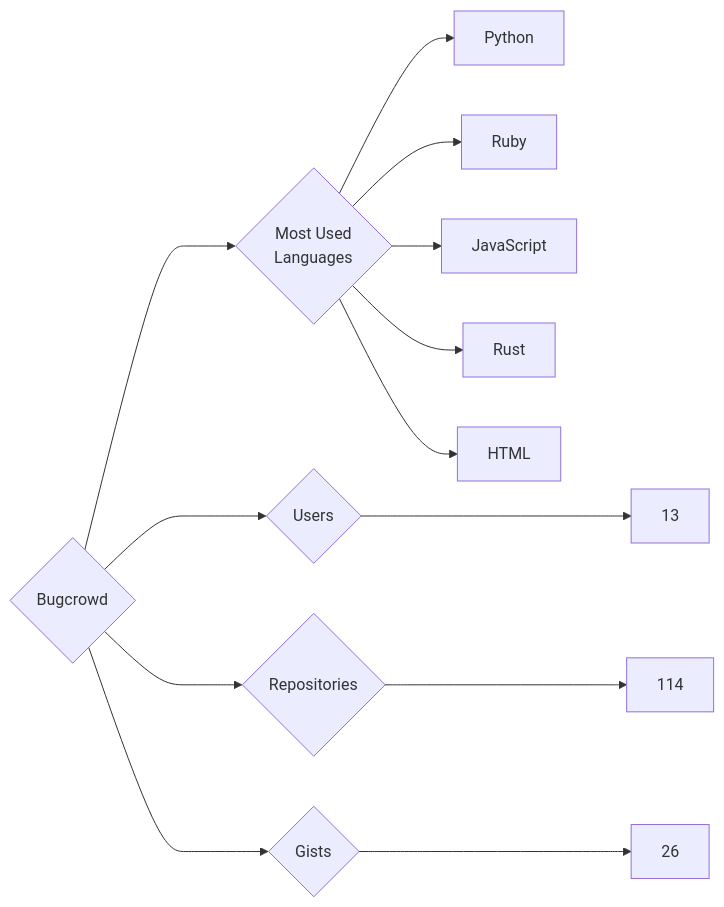
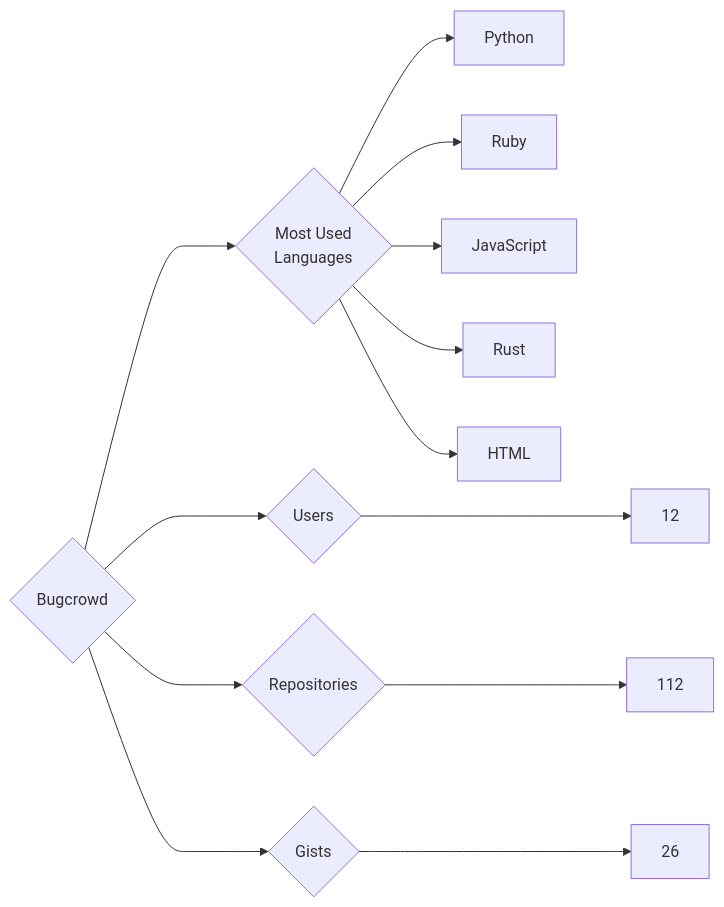
Before and after one commit to trickest/insiders: the diagram in targets/Bugcrowd/README.md, drawn with Mermaid. The commit also changed 1020 other files, not shown here.

````diff
--- a/targets/Bugcrowd/README.md
+++ b/targets/Bugcrowd/README.md
@@ -3,13 +3,13 @@
 ```mermaid
 graph LR
 COMPANY_NAME{Bugcrowd}
-COMPANY_NAME ---> U{Users} ---> UN[13]
-COMPANY_NAME ---> R{Repositories} ---> RN[114]
+COMPANY_NAME ---> U{Users} ---> UN[12]
+COMPANY_NAME ---> R{Repositories} ---> RN[112]
 COMPANY_NAME ---> G{Gists} ---> GN[26]
 COMPANY_NAME ---> ML{Most Used<br>Languages}
 ML --> Python[Python]
 ML --> Ruby[Ruby]
 ML --> JavaScript[JavaScript]
 ML --> Rust[Rust]
 ML --> HTML[HTML]
 ```
````
